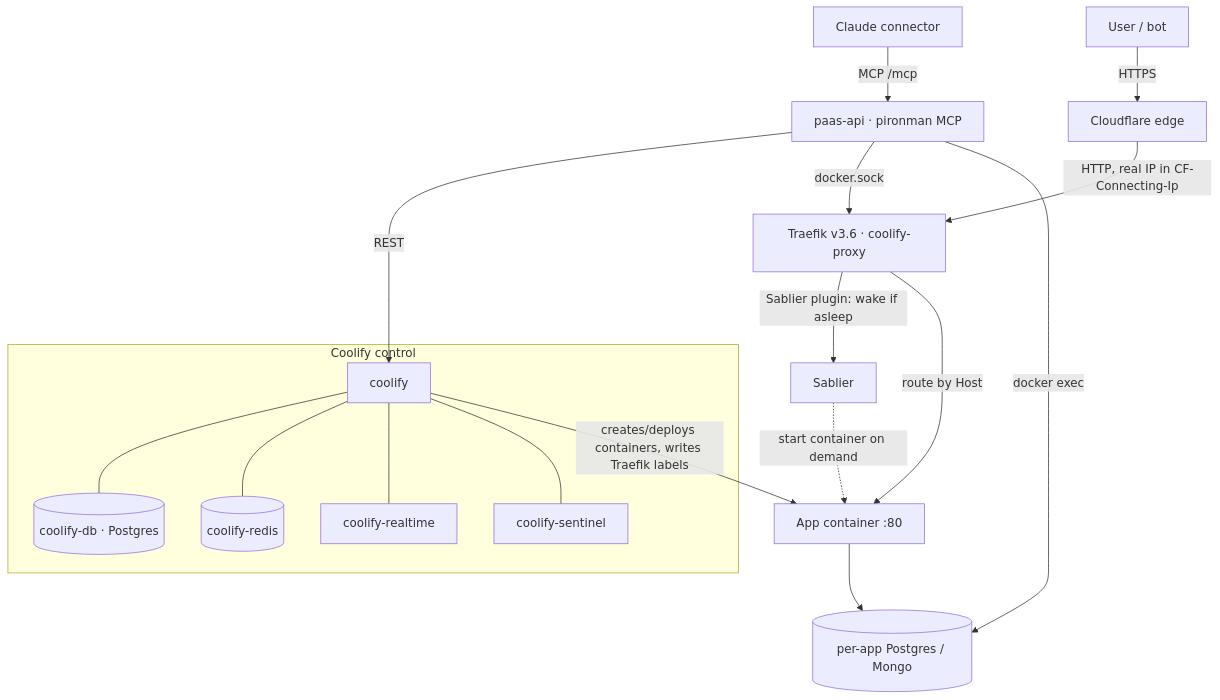
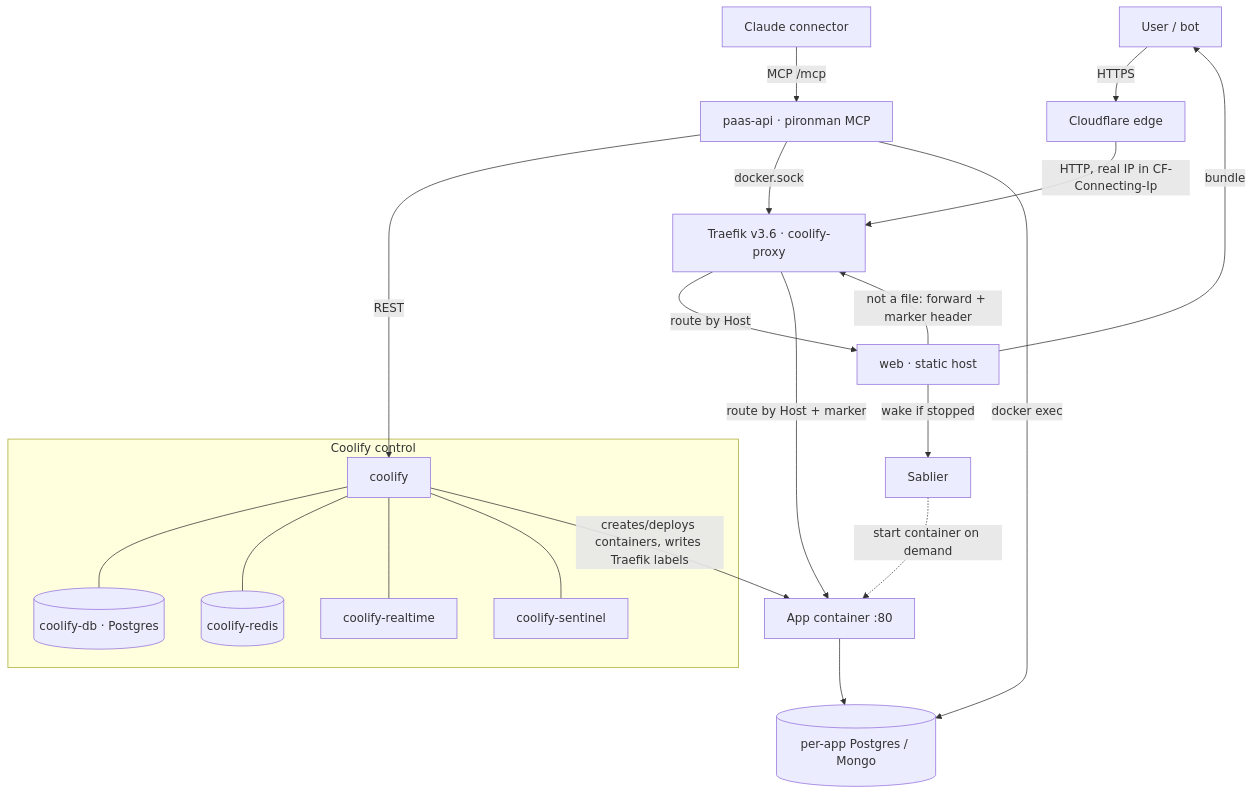
One commit to bogdanripa/pironman changed the first of 2 diagrams in ARCHITECTURE.md. Above: the diagram before and after it, drawn with Mermaid. The commit also changed other lines of this file, not shown here.

````diff
--- a/ARCHITECTURE.md
+++ b/ARCHITECTURE.md
@@ -40,20 +40,23 @@
 ```mermaid
 flowchart TD
     U[User / bot] -->|HTTPS| CF[Cloudflare edge]
     CF -->|HTTP, real IP in CF-Connecting-Ip| TR[Traefik v3.6 · coolify-proxy]
-    TR -->|Sablier plugin: wake if asleep| SB[Sablier]
+    TR -->|route by Host| WEB[web · static host]
+    WEB -->|bundle| U
+    WEB -->|not a file: forward + marker header| TR
+    WEB -->|wake if stopped| SB[Sablier]
     SB -.->|start container on demand| APP
-    TR -->|route by Host| APP[App container :80]
+    TR -->|route by Host + marker| APP[App container :80]
     subgraph Coolify control
       CO[coolify] --- CDB[(coolify-db · Postgres)]
       CO --- CR[(coolify-redis)]
       CO --- RT[coolify-realtime]
       CO --- SEN[coolify-sentinel]
     end
     CO -->|creates/deploys containers, writes Traefik labels| APP
     API[paas-api · pironman MCP] -->|REST| CO
     API -->|docker.sock| TR
     API -->|docker exec| DBs[(per-app Postgres / Mongo)]
     APP --> DBs
     CLAUDE[Claude connector] -->|MCP /mcp| API
 ```
````
